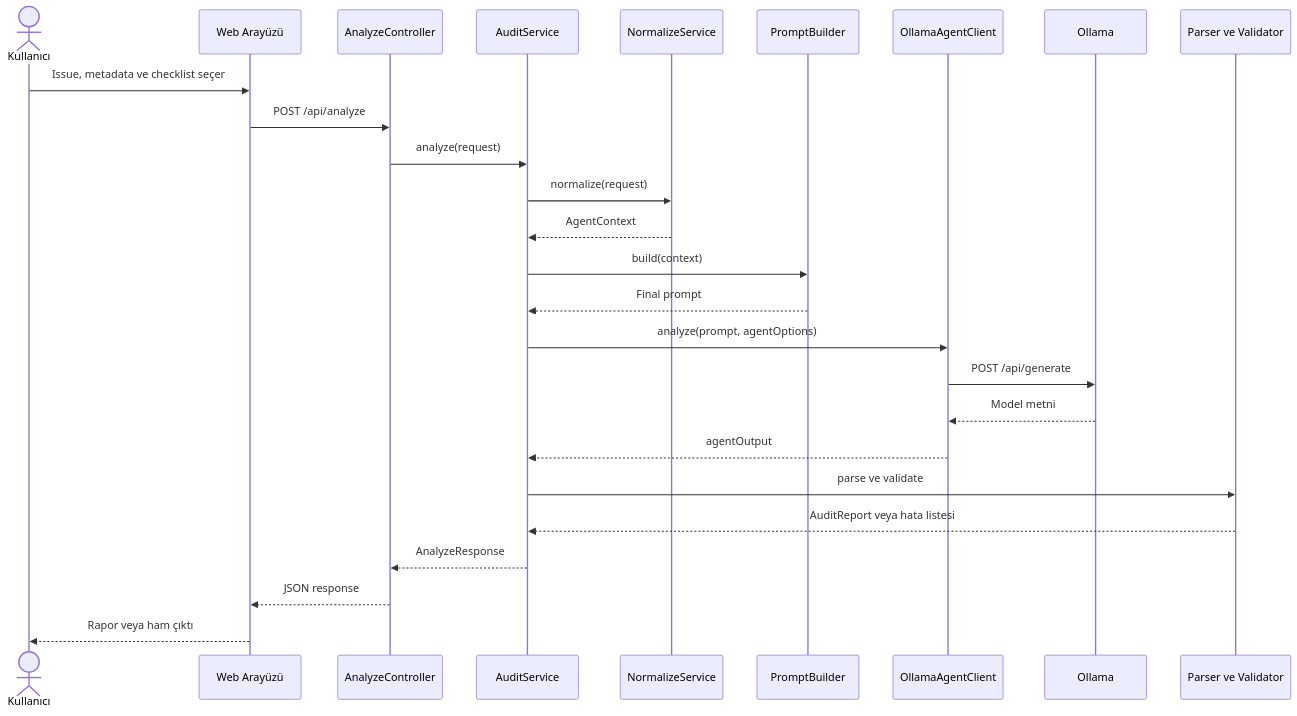
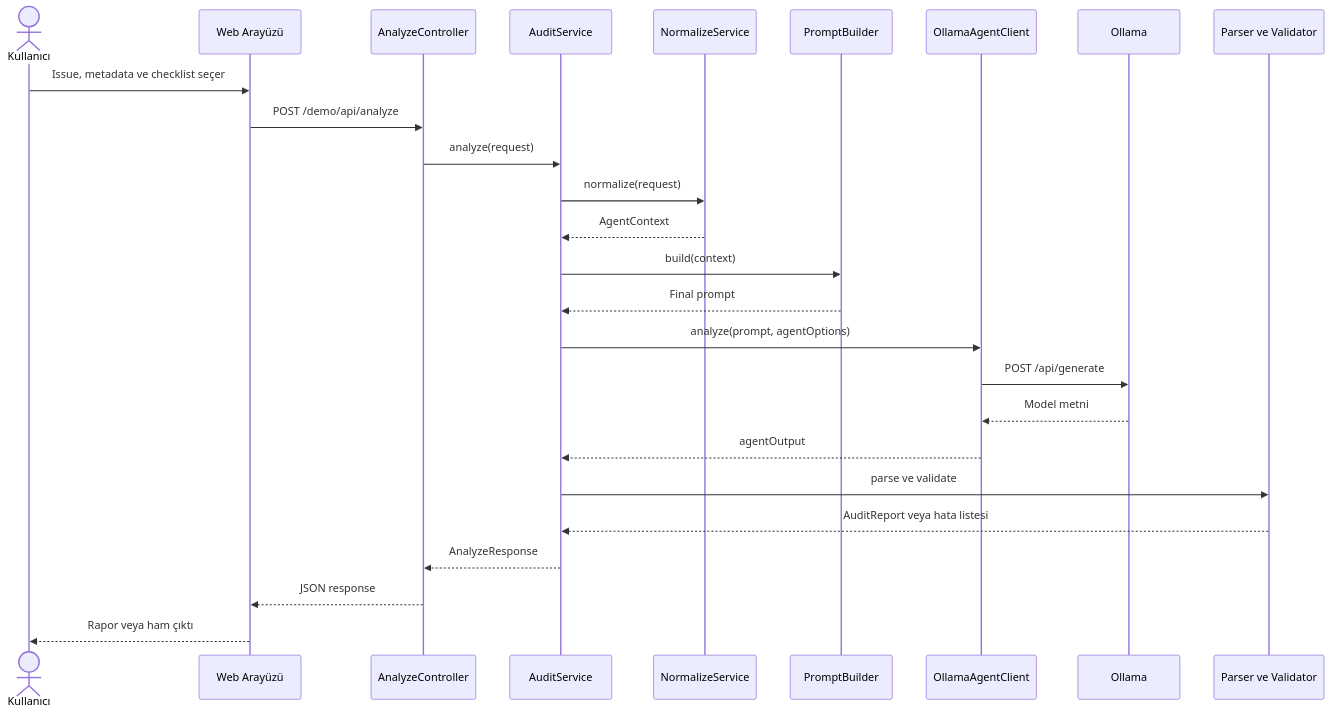
Before and after one commit to yusufduman78/Ai-Audit-Tool: the second of 5 diagrams in docs/architecture/guncel_sistem_mimarisi.md, drawn with Mermaid. The commit also changed other lines of this file and 83 other files, not shown here.

````diff
--- a/docs/architecture/guncel_sistem_mimarisi.md
+++ b/docs/architecture/guncel_sistem_mimarisi.md
@@ -120,29 +130,29 @@
 ```mermaid
 sequenceDiagram
     actor Kullanici as Kullanıcı
     participant UI as Web Arayüzü
     participant AC as AnalyzeController
     participant AS as AuditService
     participant NS as NormalizeService
     participant PB as PromptBuilder
     participant OA as OllamaAgentClient
     participant OL as Ollama
     participant RP as Parser ve Validator
 
     Kullanici->>UI: Issue, metadata ve checklist seçer
-    UI->>AC: POST /api/analyze
+    UI->>AC: POST /demo/api/analyze
     AC->>AS: analyze(request)
     AS->>NS: normalize(request)
     NS-->>AS: AgentContext
     AS->>PB: build(context)
     PB-->>AS: Final prompt
     AS->>OA: analyze(prompt, agentOptions)
     OA->>OL: POST /api/generate
     OL-->>OA: Model metni
     OA-->>AS: agentOutput
     AS->>RP: parse ve validate
     RP-->>AS: AuditReport veya hata listesi
     AS-->>AC: AnalyzeResponse
     AC-->>UI: JSON response
     UI-->>Kullanici: Rapor veya ham çıktı
 ```
````
